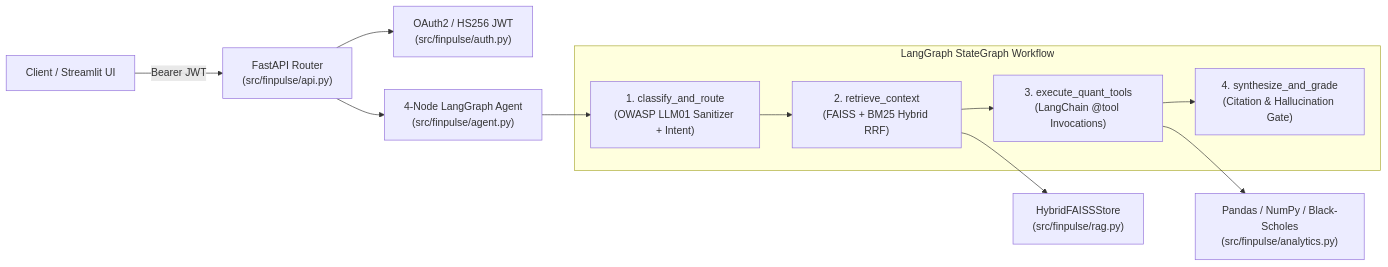
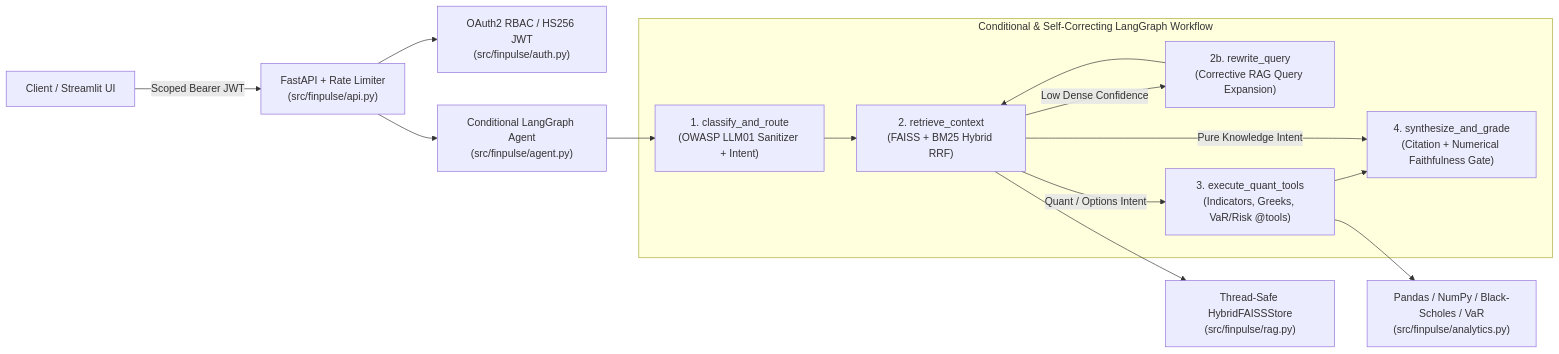
Before and after one commit to saiuttejr/finpulse-agent: the diagram in docs/ARCHITECTURE.md, drawn with Mermaid. The commit also changed other lines of this file and 17 other files, not shown here.

Commit message:
feat: add Hugging Face BGE embeddings, conditional LangGraph, risk engine, and IR benchmark

````diff
--- a/docs/ARCHITECTURE.md
+++ b/docs/ARCHITECTURE.md
@@ -13,18 +13,22 @@
 ```mermaid
 flowchart LR
-    Client["Client / Streamlit UI"] -->|Bearer JWT| API["FastAPI Router\n(src/finpulse/api.py)"]
-    API --> Auth["OAuth2 / HS256 JWT\n(src/finpulse/auth.py)"]
-    API --> Agent["4-Node LangGraph Agent\n(src/finpulse/agent.py)"]
+    Client["Client / Streamlit UI"] -->|Scoped Bearer JWT| API["FastAPI + Rate Limiter\n(src/finpulse/api.py)"]
+    API --> Auth["OAuth2 RBAC / HS256 JWT\n(src/finpulse/auth.py)"]
+    API --> Agent["Conditional LangGraph Agent\n(src/finpulse/agent.py)"]
 
-    subgraph LangGraph_StateGraph ["LangGraph StateGraph Workflow"]
+    subgraph LangGraph_StateGraph ["Conditional & Self-Correcting LangGraph Workflow"]
         N1["1. classify_and_route\n(OWASP LLM01 Sanitizer + Intent)"]
         N2["2. retrieve_context\n(FAISS + BM25 Hybrid RRF)"]
-        N3["3. execute_quant_tools\n(LangChain @tool Invocations)"]
-        N4["4. synthesize_and_grade\n(Citation & Hallucination Gate)"]
-        N1 --> N2 --> N3 --> N4
+        N2B["2b. rewrite_query\n(Corrective RAG Query Expansion)"]
+        N3["3. execute_quant_tools\n(Indicators, Greeks, VaR/Risk @tools)"]
+        N4["4. synthesize_and_grade\n(Citation + Numerical Faithfulness Gate)"]
+        N1 --> N2
+        N2 -->|Low Dense Confidence| N2B --> N2
+        N2 -->|Quant / Options Intent| N3 --> N4
+        N2 -->|Pure Knowledge Intent| N4
     end
 
     Agent --> N1
-    N2 --> RAG["HybridFAISSStore\n(src/finpulse/rag.py)"]
-    N3 --> Tools["Pandas / NumPy / Black-Scholes\n(src/finpulse/analytics.py)"]
+    N2 --> RAG["Thread-Safe HybridFAISSStore\n(src/finpulse/rag.py)"]
+    N3 --> Tools["Pandas / NumPy / Black-Scholes / VaR\n(src/finpulse/analytics.py)"]
 ```
````
